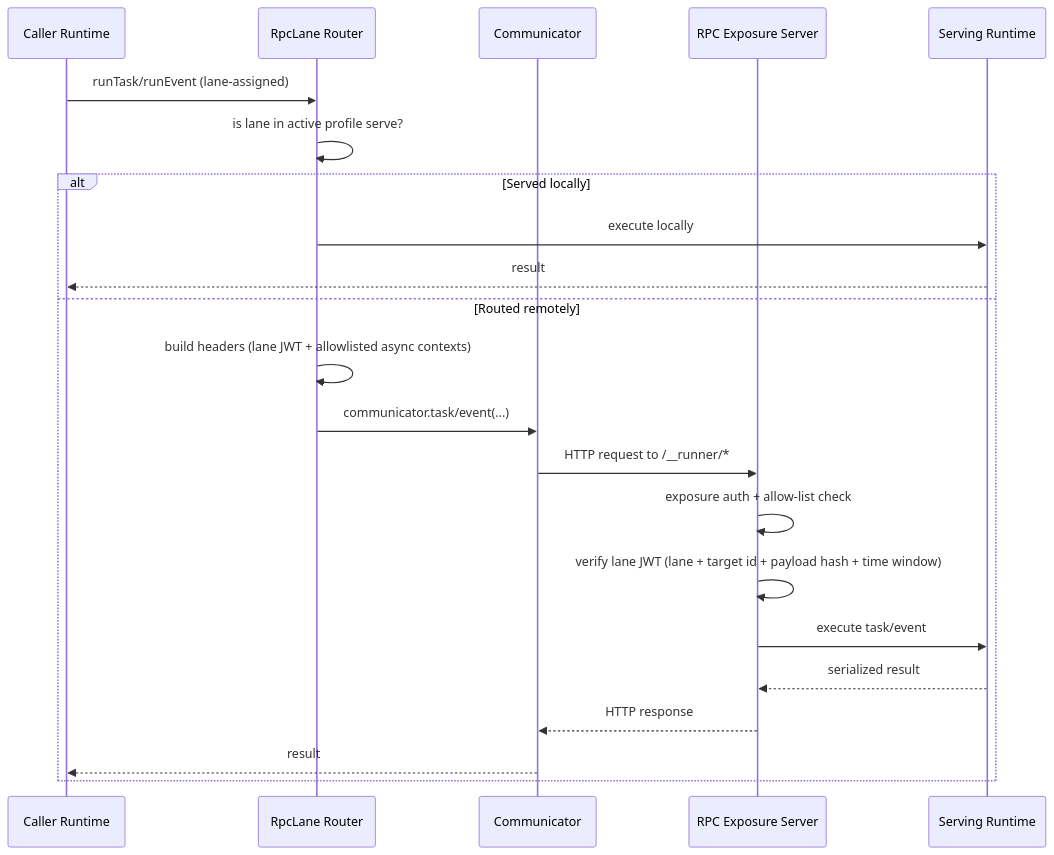
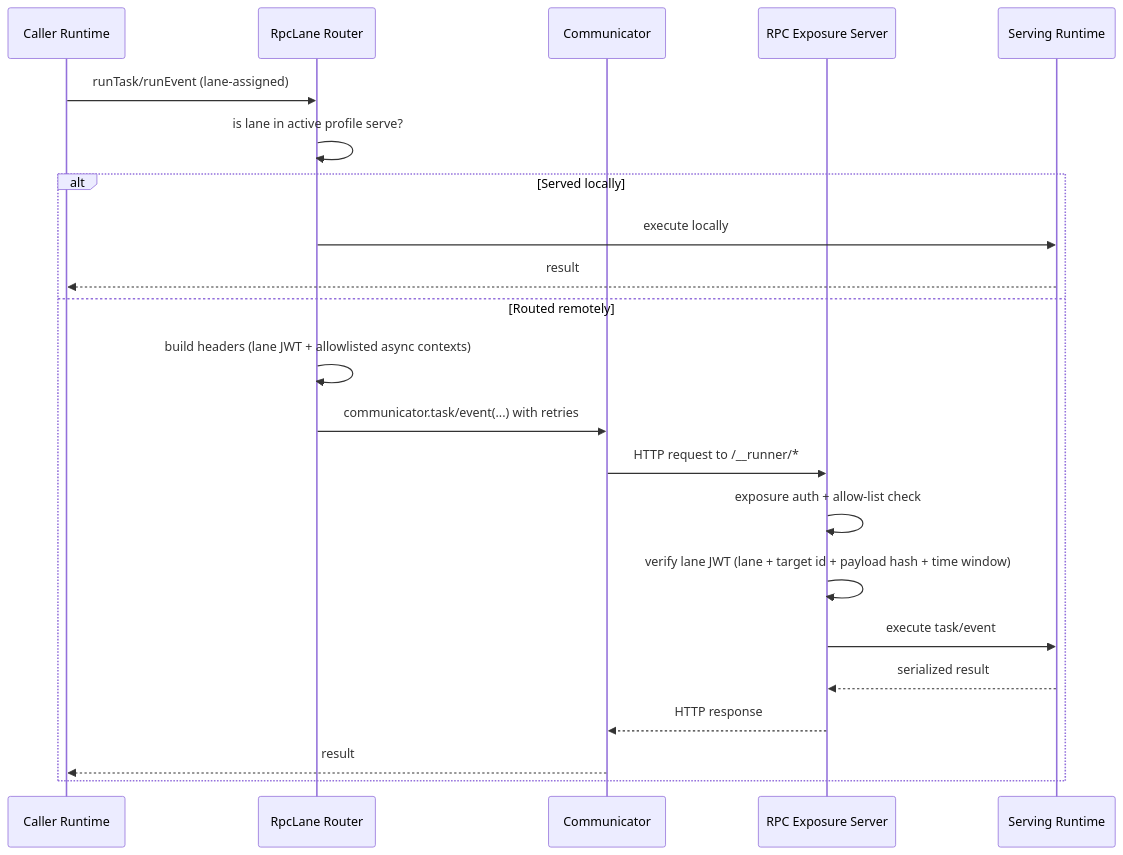
Before and after one commit to bluelibs/runner: the fourth of 4 diagrams in readmes/REMOTE_LANES.md, drawn with Mermaid. The commit also changed other lines of this file and 26 other files, not shown here.

````diff
--- a/readmes/REMOTE_LANES.md
+++ b/readmes/REMOTE_LANES.md
@@ -561,25 +561,25 @@
 ```mermaid
 sequenceDiagram
     participant CR as Caller Runtime
     participant RL as RpcLane Router
     participant CM as Communicator
     participant EX as RPC Exposure Server
     participant SR as Serving Runtime
 
     CR->>RL: runTask/runEvent (lane-assigned)
     RL->>RL: is lane in active profile serve?
     alt Served locally
       RL->>SR: execute locally
       SR-->>CR: result
     else Routed remotely
       RL->>RL: build headers (lane JWT + allowlisted async contexts)
-      RL->>CM: communicator.task/event(...)
+      RL->>CM: communicator.task/event(...) with retries
       CM->>EX: HTTP request to /__runner/*
       EX->>EX: exposure auth + allow-list check
       EX->>EX: verify lane JWT (lane + target id + payload hash + time window)
       EX->>SR: execute task/event
       SR-->>EX: serialized result
       EX-->>CM: HTTP response
       CM-->>CR: result
     end
 ```
````
